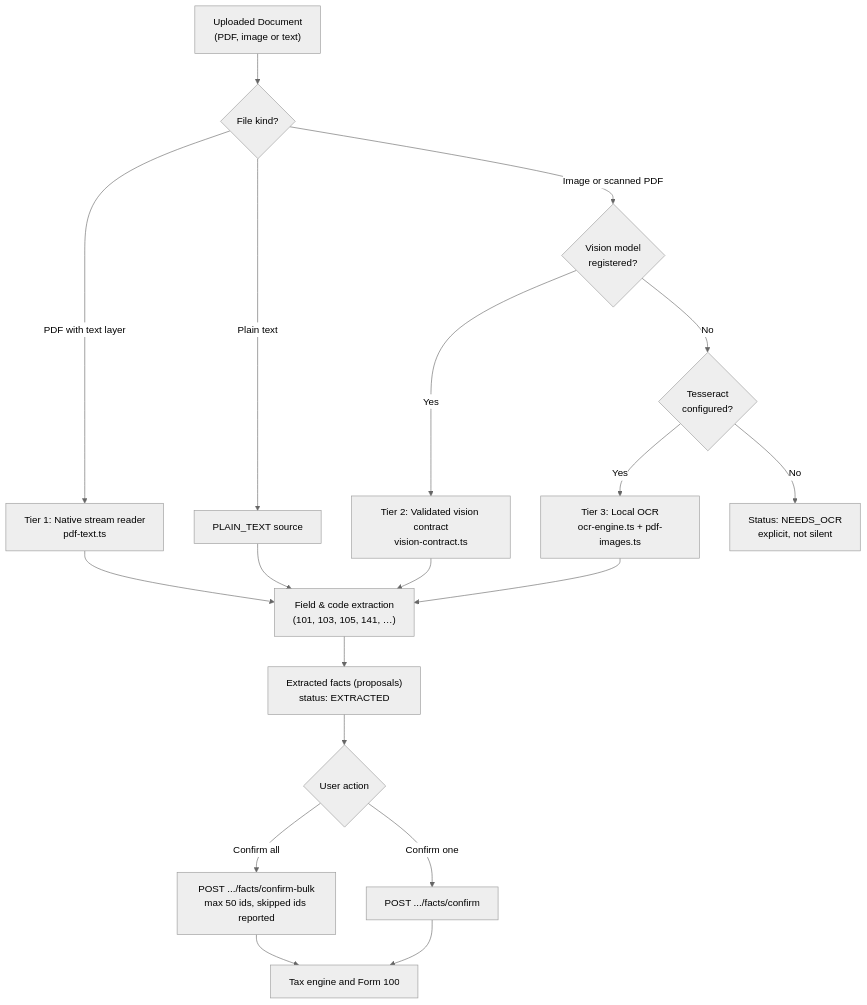
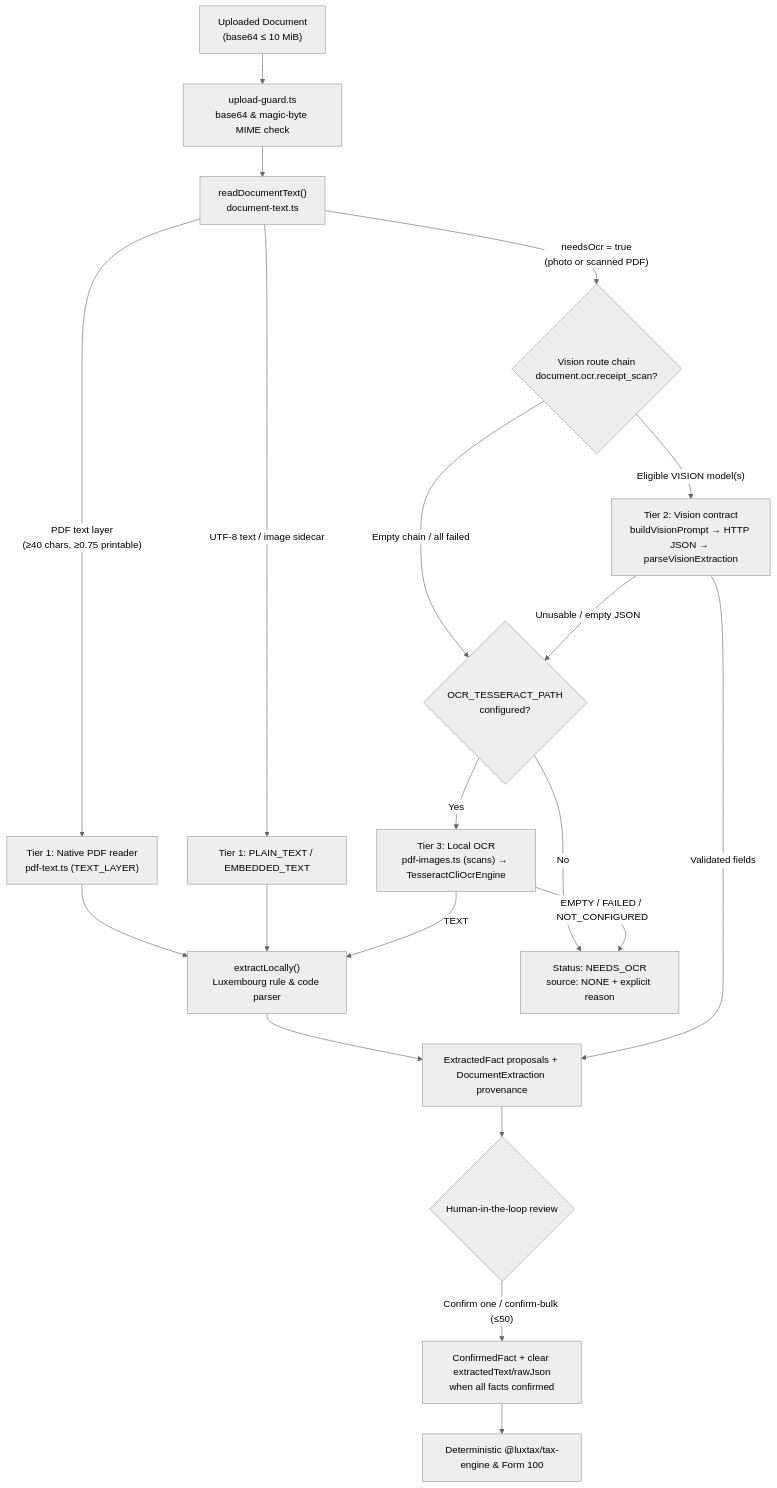
Before and after one commit to Luxembourg-AI-Tinkerers/Lux-Tax: the diagram in README.md, drawn with Mermaid (neutral theme). The commit also changed other lines of this file, not shown here.

Commit message:
docs: elaborate AI extraction, routing, and security in README

````diff
--- a/README.md
+++ b/README.md
@@ -329,26 +347,28 @@
 ```mermaid
 flowchart TD
-    A["Uploaded Document<br/>(PDF, image or text)"] --> B{"File kind?"}
+    A["Uploaded Document<br/>(base64 ≤ 10 MiB)"] --> B["upload-guard.ts<br/>base64 & magic-byte MIME check"]
+    B --> C["readDocumentText()<br/>document-text.ts"]
 
-    B -->|"PDF with text layer"| C["Tier 1: Native stream reader<br/>pdf-text.ts"]
-    B -->|"Image or scanned PDF"| D{"Vision model<br/>registered?"}
-    B -->|"Plain text"| E["PLAIN_TEXT source"]
+    C -->|"PDF text layer<br/>(≥40 chars, ≥0.75 printable)"| D["Tier 1: Native PDF reader<br/>pdf-text.ts (TEXT_LAYER)"]
+    C -->|"UTF-8 text / image sidecar"| E["Tier 1: PLAIN_TEXT / EMBEDDED_TEXT"]
+    C -->|"needsOcr = true<br/>(photo or scanned PDF)"| F{"Vision route chain<br/>document.ocr.receipt_scan?"}
 
-    D -->|"Yes"| F["Tier 2: Validated vision contract<br/>vision-contract.ts"]
-    D -->|"No"| G{"Tesseract<br/>configured?"}
+    D --> G["extractLocally()<br/>Luxembourg rule & code parser"]
+    E --> G
 
-    G -->|"Yes"| H["Tier 3: Local OCR<br/>ocr-engine.ts + pdf-images.ts"]
-    G -->|"No"| I["Status: NEEDS_OCR<br/>explicit, not silent"]
+    F -->|"Eligible VISION model(s)"| H["Tier 2: Vision contract<br/>buildVisionPrompt → HTTP JSON → parseVisionExtraction"]
+    F -->|"Empty chain / all failed"| I{"OCR_TESSERACT_PATH<br/>configured?"}
+    H -->|"Unusable / empty JSON"| I
 
-    C --> J["Field & code extraction<br/>(101, 103, 105, 141, …)"]
-    E --> J
-    F --> J
-    H --> J
+    I -->|"Yes"| J["Tier 3: Local OCR<br/>pdf-images.ts (scans) → TesseractCliOcrEngine"]
+    I -->|"No"| K["Status: NEEDS_OCR<br/>source: NONE + explicit reason"]
+    J -->|"TEXT"| G
+    J -->|"EMPTY / FAILED / NOT_CONFIGURED"| K
 
-    J --> K["Extracted facts (proposals)<br/>status: EXTRACTED"]
-    K --> L{"User action"}
-    L -->|"Confirm all"| M["POST .../facts/confirm-bulk<br/>max 50 ids, skipped ids reported"]
-    L -->|"Confirm one"| N["POST .../facts/confirm"]
-    M --> O["Tax engine and Form 100"]
-    N --> O
+    G --> L["ExtractedFact proposals + DocumentExtraction provenance"]
+    H -->|"Validated fields"| L
+
+    L --> M{"Human-in-the-loop review"}
+    M -->|"Confirm one / confirm-bulk (≤50)"| N["ConfirmedFact + clear extractedText/rawJson<br/>when all facts confirmed"]
+    N --> O["Deterministic @luxtax/tax-engine & Form 100"]
 ```
````
